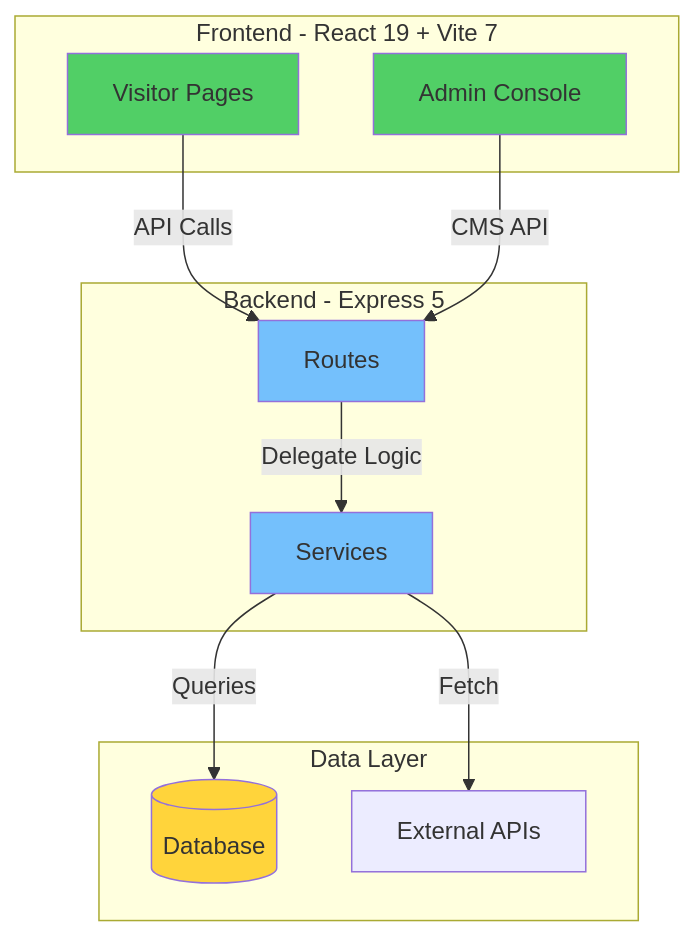
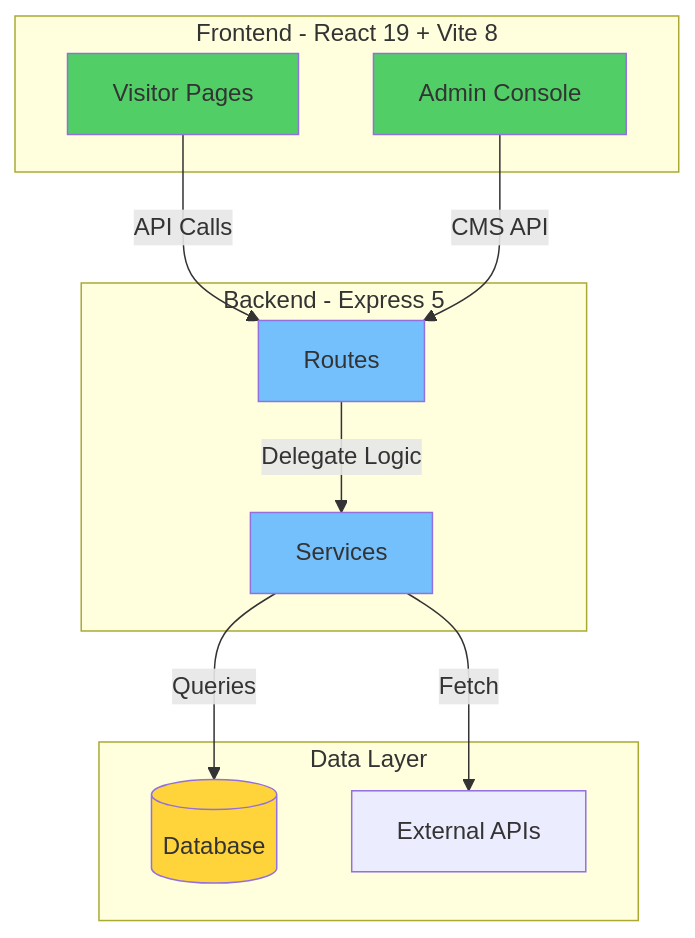
Before and after one commit to hateem2121/RUN: the first of 11 diagrams in docs/development/plans/tailwind-v4-migration-audit-report.md, drawn with Mermaid. The commit also changed 31 other files, not shown here.

````diff
--- a/docs/development/plans/tailwind-v4-migration-audit-report.md
+++ b/docs/development/plans/tailwind-v4-migration-audit-report.md
@@ -54,29 +54,29 @@
 ```mermaid
 graph TB
-    subgraph Frontend [Frontend - React 19 + Vite 7]
+    subgraph Frontend [Frontend - React 19 + Vite 8]
         V[Visitor Pages]
         A[Admin Console]
     end
     
     subgraph Backend [Backend - Express 5]
         R[Routes]
         S[Services]
     end
     
     subgraph Data [Data Layer]
         DB[(Database)]
         API[External APIs]
     end
     
     V -->|API Calls| R
     A -->|CMS API| R
     R -->|Delegate Logic| S
     S -->|Queries| DB
     S -->|Fetch| API
     
     style V fill:#51cf66
     style A fill:#51cf66
     style R fill:#74c0fc
     style S fill:#74c0fc
     style DB fill:#ffd43b
 ```
````
